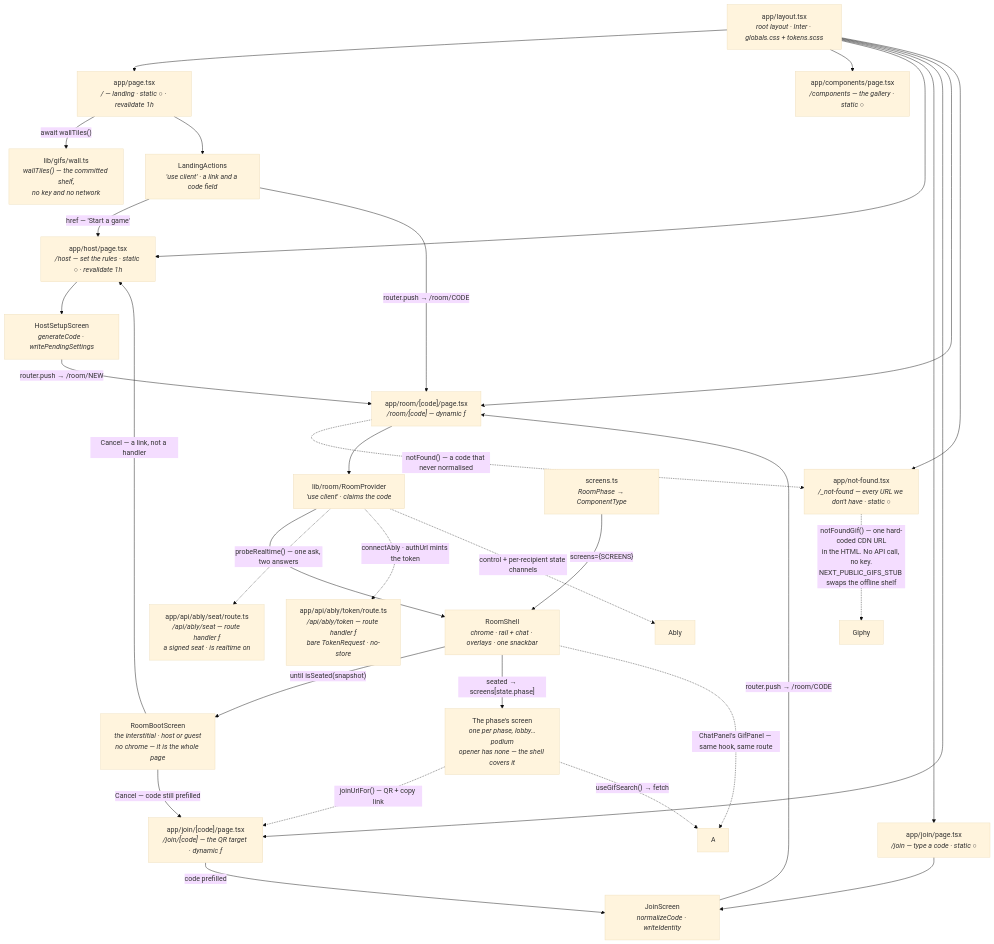
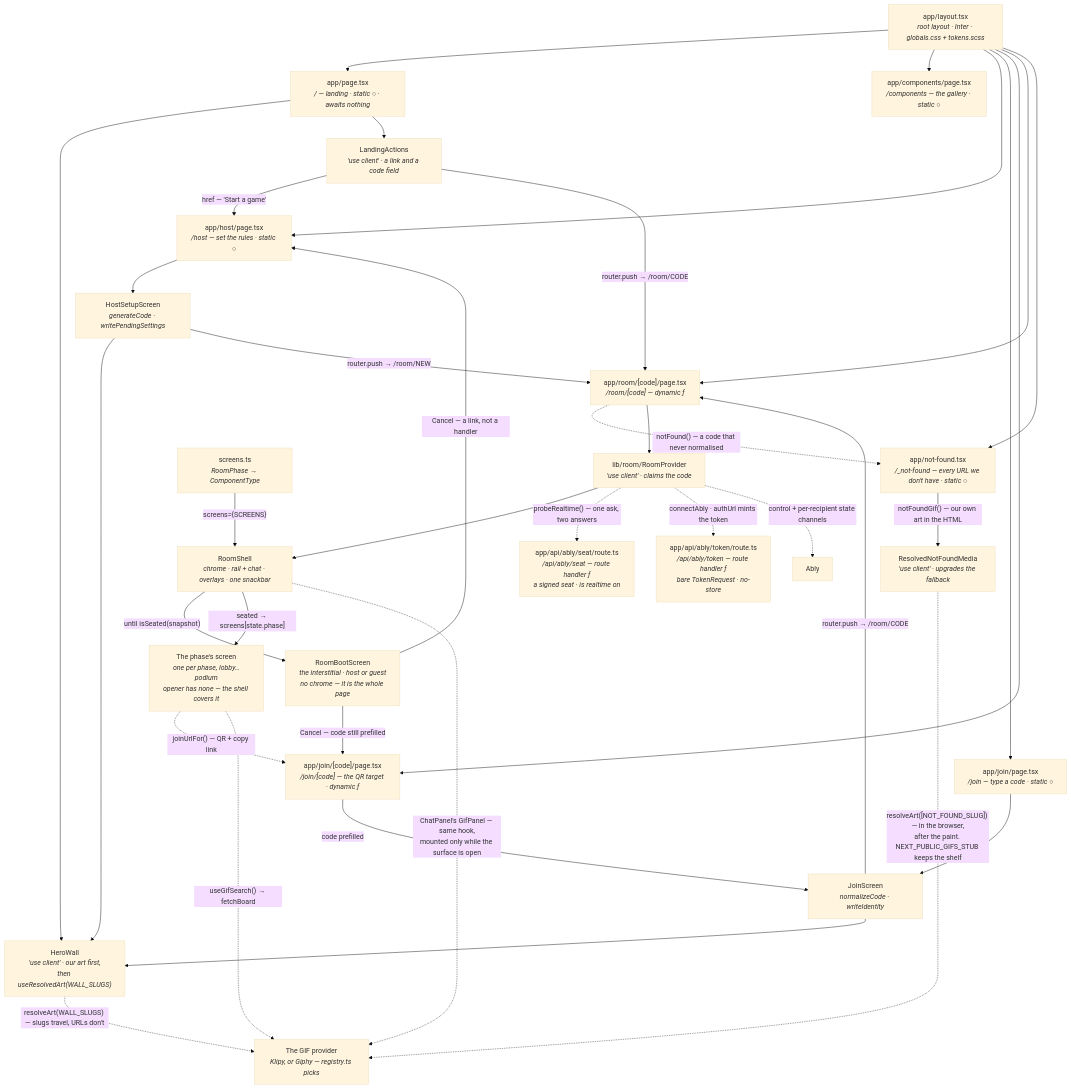
The first of 12 diagrams in docs/architecture.md (Jmeza081/captionist), drawn with Mermaid (base theme) before and after one commit. The commit also changed other lines of this file and 43 other files, not shown here.

````diff
--- a/docs/architecture.md
+++ b/docs/architecture.md
@@ -515,55 +557,60 @@
 ```mermaid
 graph TD
   L["app/layout.tsx<br/><i>root layout · Inter · globals.css + tokens.scss</i>"]
-  P["app/page.tsx<br/><i>/ — landing · static ○ · revalidate 1h</i>"]
+  P["app/page.tsx<br/><i>/ — landing · static ○ · awaits nothing</i>"]
   C["app/components/page.tsx<br/><i>/components — the gallery · static ○</i>"]
-  H["app/host/page.tsx<br/><i>/host — set the rules · static ○ · revalidate 1h</i>"]
+  H["app/host/page.tsx<br/><i>/host — set the rules · static ○</i>"]
   J["app/join/page.tsx<br/><i>/join — type a code · static ○</i>"]
   JC["app/join/[code]/page.tsx<br/><i>/join/[code] — the QR target · dynamic ƒ</i>"]
   R["app/room/[code]/page.tsx<br/><i>/room/[code] — dynamic ƒ</i>"]
   SE["app/api/ably/seat/route.ts<br/><i>/api/ably/seat — route handler ƒ<br/>a signed seat · is realtime on</i>"]
   TK["app/api/ably/token/route.ts<br/><i>/api/ably/token — route handler ƒ<br/>bare TokenRequest · no-store</i>"]
   AB["Ably"]
   NF["app/not-found.tsx<br/><i>/_not-found — every URL we don't have · static ○</i>"]
-  W["lib/gifs/wall.ts<br/><i>wallTiles() — the committed shelf,<br/>no key and no network</i>"]
-  GY["Giphy"]
+  NFM["ResolvedNotFoundMedia<br/><i>'use client' · upgrades the fallback</i>"]
+  HW["HeroWall<br/><i>'use client' · our art first,<br/>then useResolvedArt(WALL_SLUGS)</i>"]
+  GP["The GIF provider<br/><i>Klipy, or Giphy — registry.ts picks</i>"]
   LA["LandingActions<br/><i>'use client' · a link and a code field</i>"]
   HS["HostSetupScreen<br/><i>generateCode · writePendingSettings</i>"]
   JS["JoinScreen<br/><i>normalizeCode · writeIdentity</i>"]
   RP["lib/room/RoomProvider<br/><i>'use client' · claims the code</i>"]
   SH["RoomShell<br/><i>chrome · rail + chat · overlays · one snackbar</i>"]
   BT["RoomBootScreen<br/><i>the interstitial · host or guest<br/>no chrome — it is the whole page</i>"]
   SC["screens.ts<br/><i>RoomPhase → ComponentType</i>"]
   SCR["The phase's screen<br/><i>one per phase, lobby…podium<br/>opener has none — the shell covers it</i>"]
 
   L --> P
   L --> C
   L --> H
   L --> J
   L --> JC
   L --> R
   L --> NF
   R -.->|"notFound() — a code that never normalised"| NF
-  NF -.->|"notFoundGif() — one hard-coded CDN URL<br/>in the HTML. No API call, no key.<br/>NEXT_PUBLIC_GIFS_STUB swaps the offline shelf"| GY
-  P -->|"await wallTiles()"| W
+  NF -->|"notFoundGif() — our own art in the HTML"| NFM
+  NFM -.->|"resolveArt([NOT_FOUND_SLUG]) — in the browser,<br/>after the paint. NEXT_PUBLIC_GIFS_STUB keeps the shelf"| GP
+  P --> HW
+  HS --> HW
+  JS --> HW
+  HW -.->|"resolveArt(WALL_SLUGS) — slugs travel, URLs don't"| GP
   P --> LA
   LA -->|"href — 'Start a game'"| H
   LA -->|"router.push → /room/CODE"| R
   H --> HS
   J --> JS
   JC -->|"code prefilled"| JS
   HS -->|"router.push → /room/NEW"| R
   JS -->|"router.push → /room/CODE"| R
   R --> RP --> SH
   RP -.->|"probeRealtime() — one ask, two answers"| SE
   RP -.->|"connectAbly · authUrl mints the token"| TK
   RP -.->|"control + per-recipient state channels"| AB
   SC -->|"screens={SCREENS}"| SH
   SH -->|"until isSeated(snapshot)"| BT
   BT -->|"Cancel — a link, not a handler"| H
   BT -->|"Cancel — code still prefilled"| JC
   SH -->|"seated → screens[state.phase]"| SCR
   SCR -.->|"joinUrlFor() — QR + copy link"| JC
-  SCR -.->|"useGifSearch() → fetch"| A
-  SH -.->|"ChatPanel's GifPanel — same hook, same route"| A
+  SCR -.->|"useGifSearch() → fetchBoard"| GP
+  SH -.->|"ChatPanel's GifPanel — same hook,<br/>mounted only while the surface is open"| GP
 ```
````
